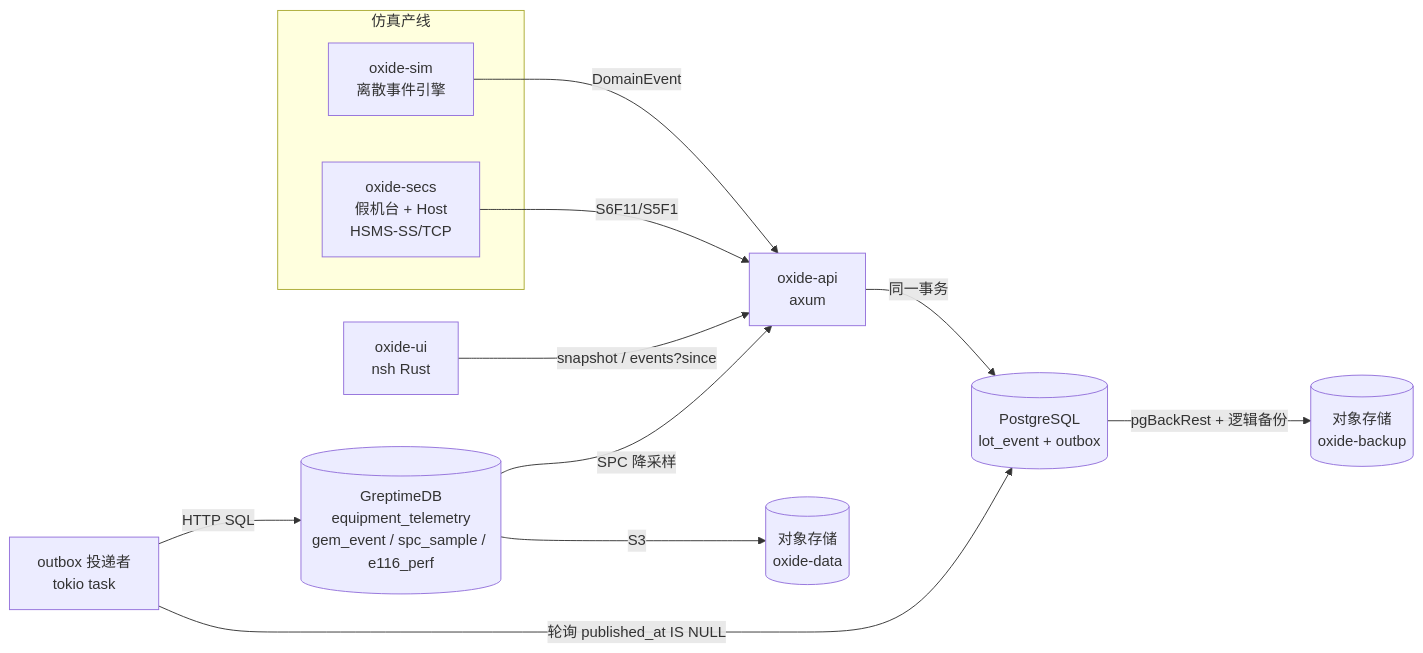
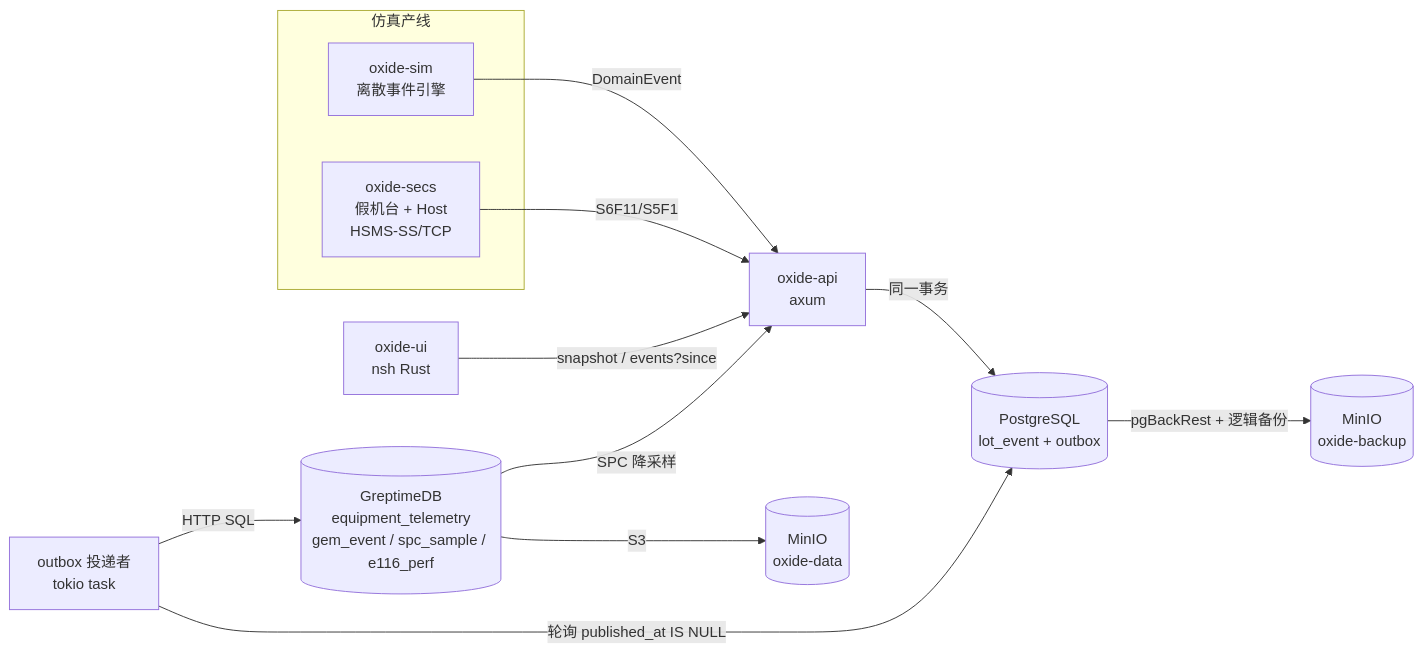
One commit to fw6/oxide-fab changed the first of 2 diagrams in README.md. Above: the diagram before and after it, drawn with Mermaid. The commit also changed other lines of this file and 10 other files, not shown here.

````diff
--- a/README.md
+++ b/README.md
@@ -61,19 +61,19 @@
 ```mermaid
 flowchart LR
     subgraph Floor[仿真产线]
         SIM[oxide-sim<br/>离散事件引擎]
         SECS[oxide-secs<br/>假机台 + Host<br/>HSMS-SS/TCP]
     end
 
     SIM -->|DomainEvent| API[oxide-api<br/>axum]
     API -->|同一事务| PG[(PostgreSQL<br/>lot_event + outbox)]
     SECS -->|S6F11/S5F1| API
 
     PUB[outbox 投递者<br/>tokio task] -->|轮询 published_at IS NULL| PG
     PUB -->|HTTP SQL| GT[(GreptimeDB<br/>equipment_telemetry<br/>gem_event / spc_sample / e116_perf)]
-    GT -->|S3| S3[(对象存储<br/>oxide-data)]
-    PG -->|pgBackRest + 逻辑备份| S3B[(对象存储<br/>oxide-backup)]
+    GT -->|S3| S3[(MinIO<br/>oxide-data)]
+    PG -->|pgBackRest + 逻辑备份| S3B[(MinIO<br/>oxide-backup)]
 
     UI[oxide-ui<br/>nsh Rust] -->|snapshot / events?since| API
     GT -->|SPC 降采样| API
 ```
````
